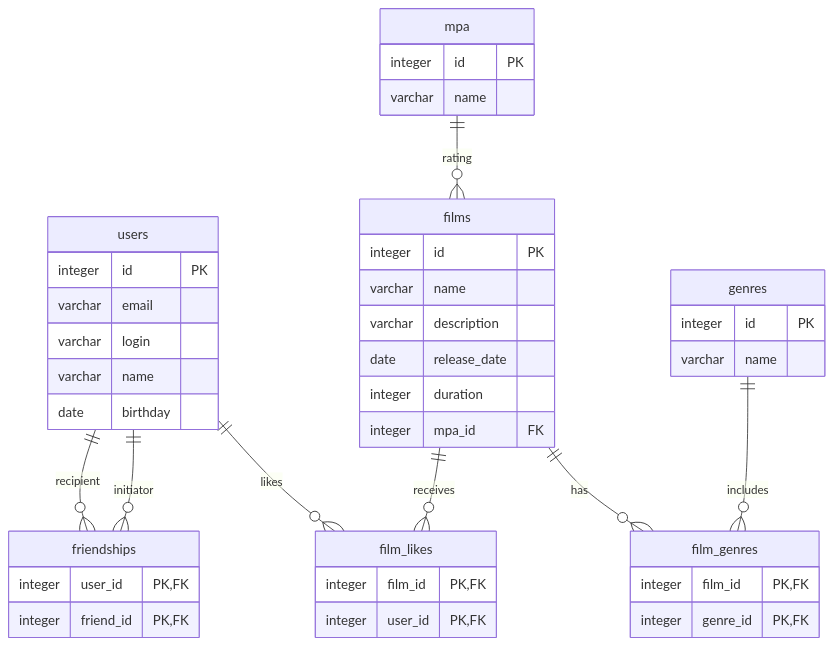
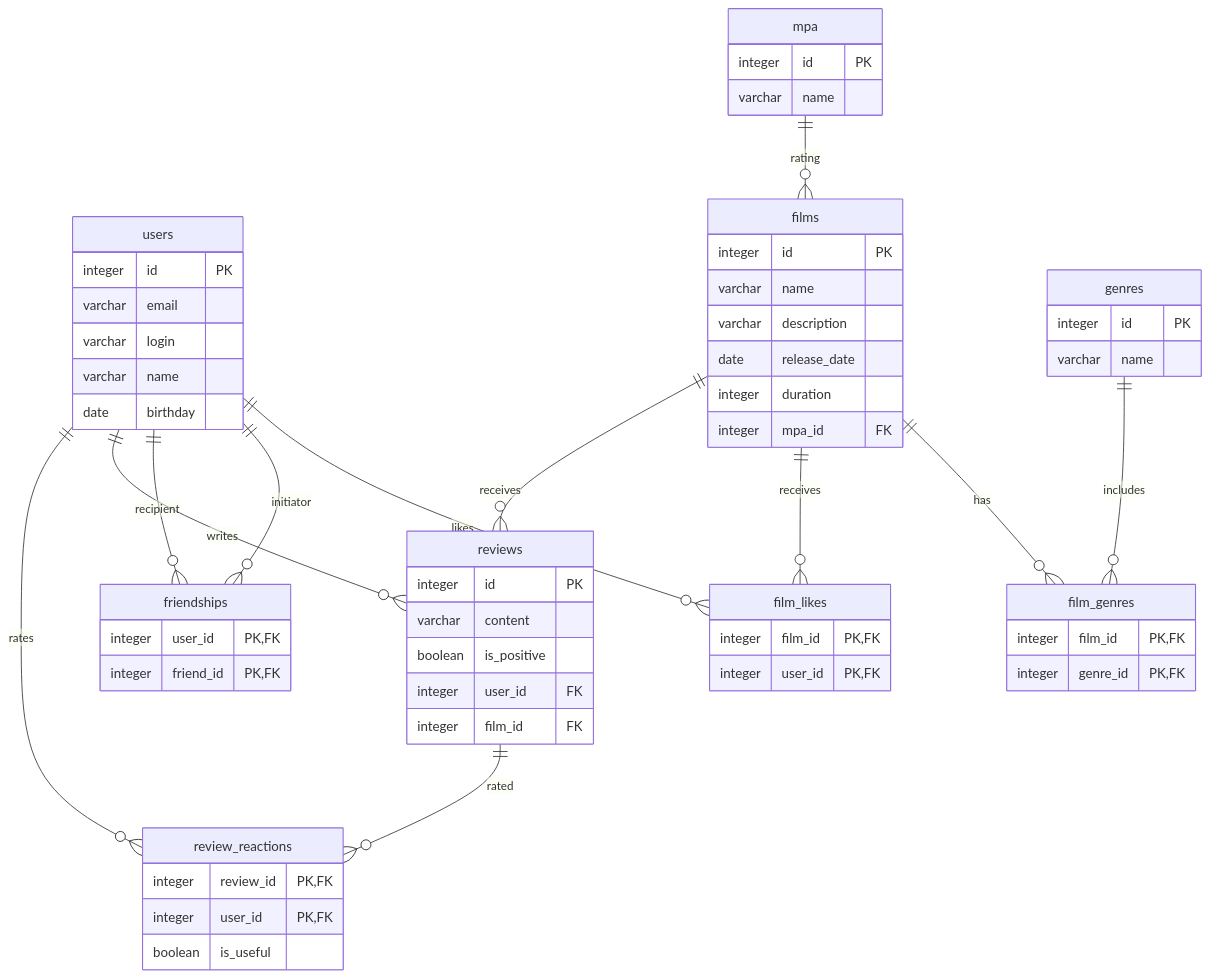
The diagram in README.md (Karen355/java-filmorate), drawn with Mermaid before and after one commit. The commit also changed other lines of this file and 10 other files, not shown here.

````diff
--- a/README.md
+++ b/README.md
@@ -19,45 +19,61 @@
 ```mermaid
 erDiagram
     users {
         integer id PK
         varchar email
         varchar login
         varchar name
         date birthday
     }
     films {
         integer id PK
         varchar name
         varchar description
         date release_date
         integer duration
         integer mpa_id FK
     }
     mpa {
         integer id PK
         varchar name
     }
     genres {
         integer id PK
         varchar name
     }
     film_genres {
         integer film_id PK, FK
         integer genre_id PK, FK
     }
     film_likes {
         integer film_id PK, FK
         integer user_id PK, FK
     }
     friendships {
         integer user_id PK, FK
         integer friend_id PK, FK
     }
+    reviews {
+        integer id PK
+        varchar content
+        boolean is_positive
+        integer user_id FK
+        integer film_id FK
+    }
+    review_reactions {
+        integer review_id PK, FK
+        integer user_id PK, FK
+        boolean is_useful
+    }
     mpa ||--o{ films : rating
     films ||--o{ film_genres : has
     genres ||--o{ film_genres : includes
     films ||--o{ film_likes : receives
     users ||--o{ film_likes : likes
     users ||--o{ friendships : initiator
     users ||--o{ friendships : recipient
+    users ||--o{ reviews : writes
+    films ||--o{ reviews : receives
+    reviews ||--o{ review_reactions : rated
+    users ||--o{ review_reactions : rates
 ```
````
